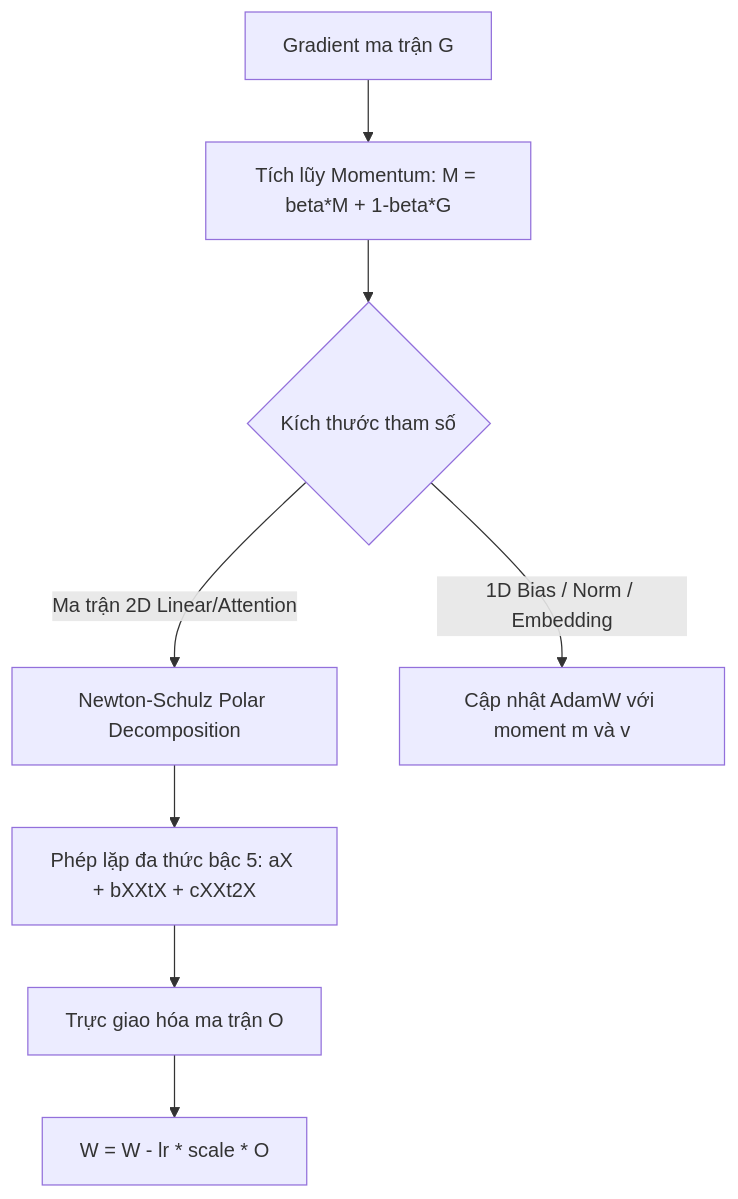
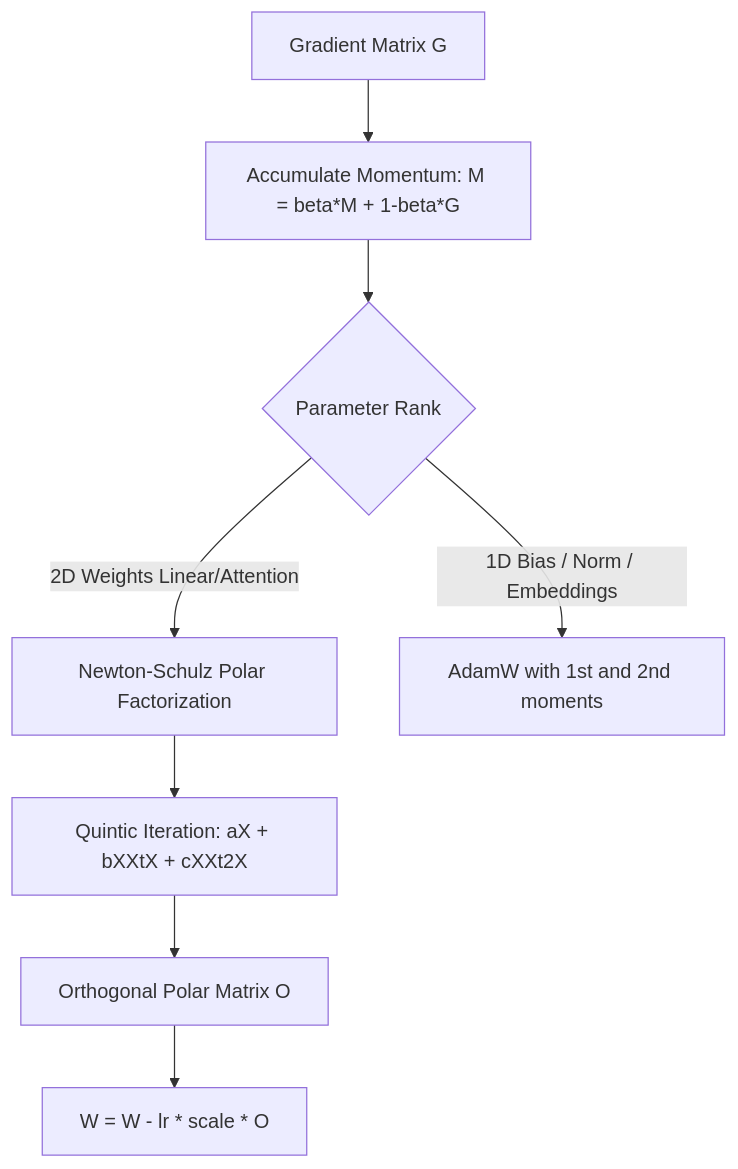
One commit to tuandung222/jax-diffusion-lm changed the second of 2 diagrams in README.md. Above: the diagram before and after it, drawn with Mermaid. The commit also changed other lines of this file and 8 other files, not shown here.

````diff
--- a/README.md
+++ b/README.md
@@ -68,10 +70,10 @@
 ```mermaid
 flowchart TD
-    Grad[Gradient ma trận G] --> Mom[Tích lũy Momentum: M = beta*M + 1-beta*G]
-    Mom --> Check{Kích thước tham số}
-    Check -- Ma trận 2D Linear/Attention --> NS[Newton-Schulz Polar Decomposition]
-    NS --> Quintic[Phép lặp đa thức bậc 5: aX + bXXtX + cXXt2X]
-    Quintic --> Ortho[Trực giao hóa ma trận O]
+    Grad[Gradient Matrix G] --> Mom[Accumulate Momentum: M = beta*M + 1-beta*G]
+    Mom --> Check{Parameter Rank}
+    Check -- 2D Weights Linear/Attention --> NS[Newton-Schulz Polar Factorization]
+    NS --> Quintic[Quintic Iteration: aX + bXXtX + cXXt2X]
+    Quintic --> Ortho[Orthogonal Polar Matrix O]
     Ortho --> MuonUpdate[W = W - lr * scale * O]
-    Check -- 1D Bias / Norm / Embedding --> AdamW[Cập nhật AdamW với moment m và v]
+    Check -- 1D Bias / Norm / Embeddings --> AdamW[AdamW with 1st and 2nd moments]
 ```
````
